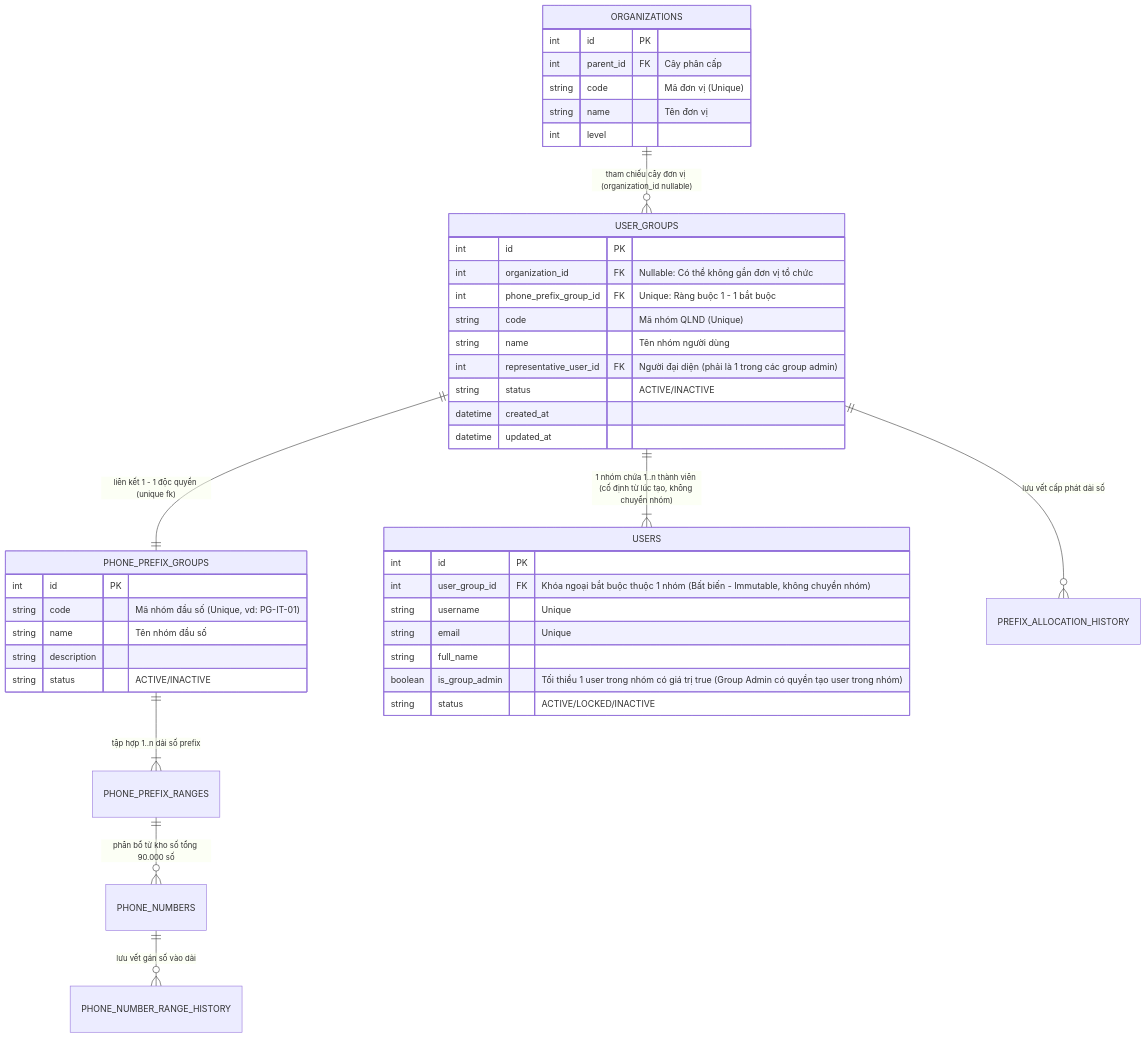
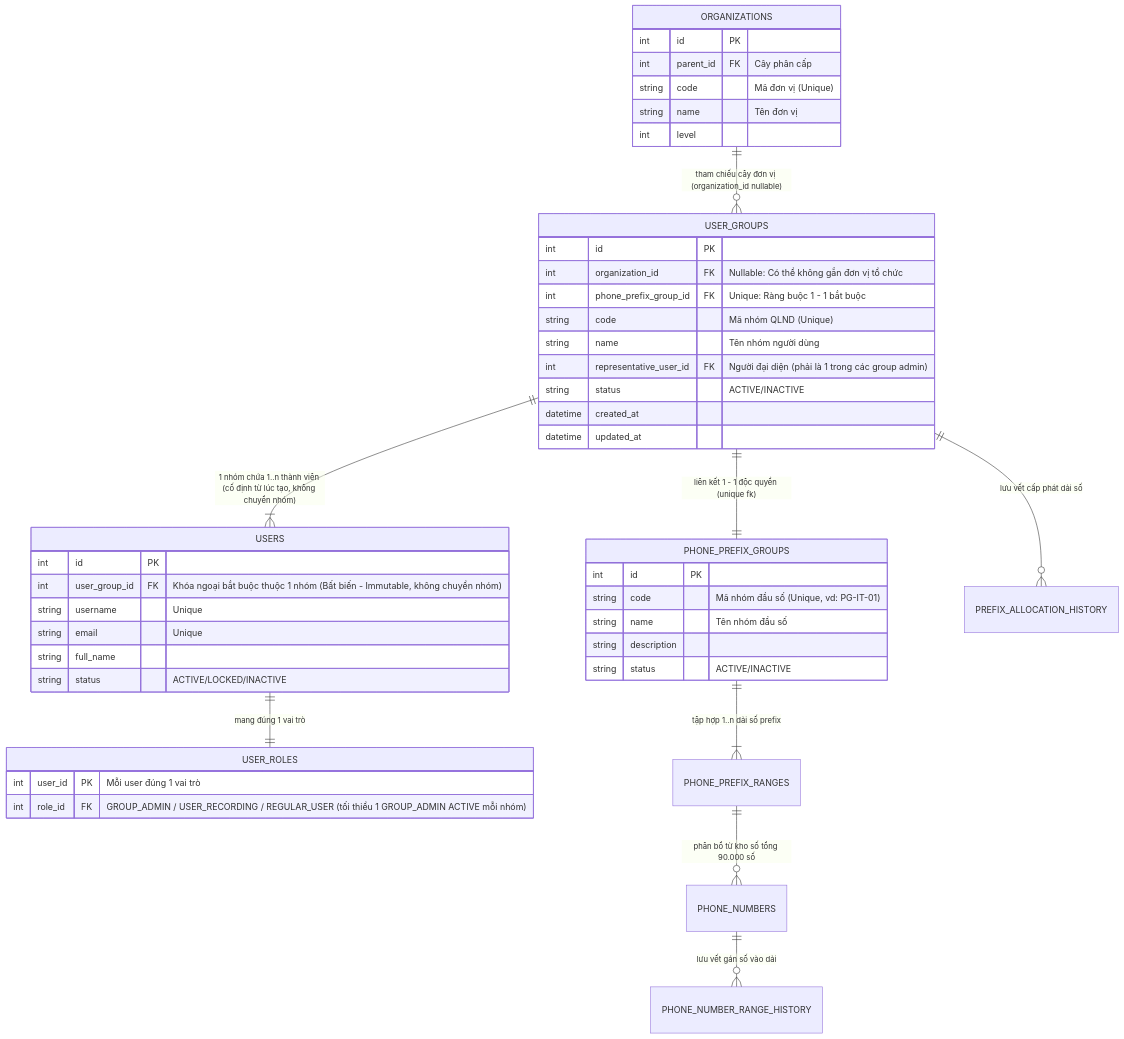
The diagram in docs/modules/02_user_group.md (baobdevnit/evncdras), drawn with Mermaid before and after one commit. The commit also changed other lines of this file and 14 other files, not shown here.

First line of the commit message:
docs: thiết kế lại vai trò – quyền hạn

````diff
--- a/docs/modules/02_user_group.md
+++ b/docs/modules/02_user_group.md
@@ -49,48 +50,53 @@
 ```mermaid
 erDiagram
     ORGANIZATIONS ||--o{ USER_GROUPS : "tham chiếu cây đơn vị (organization_id nullable)"
     USER_GROUPS ||--|| PHONE_PREFIX_GROUPS : "liên kết 1 - 1 độc quyền (unique fk)"
     USER_GROUPS ||--|{ USERS : "1 nhóm chứa 1..n thành viên (cố định từ lúc tạo, không chuyển nhóm)"
+    USERS ||--|| USER_ROLES : "mang đúng 1 vai trò"
     PHONE_PREFIX_GROUPS ||--|{ PHONE_PREFIX_RANGES : "tập hợp 1..n dải số prefix"
     PHONE_PREFIX_RANGES ||--o{ PHONE_NUMBERS : "phân bổ từ kho số tổng 90.000 số"
     USER_GROUPS ||--o{ PREFIX_ALLOCATION_HISTORY : "lưu vết cấp phát dải số"
     PHONE_NUMBERS ||--o{ PHONE_NUMBER_RANGE_HISTORY : "lưu vết gán số vào dải"
 
     USER_GROUPS {
         int id PK
         int organization_id FK "Nullable: Có thể không gắn đơn vị tổ chức"
         int phone_prefix_group_id FK "Unique: Ràng buộc 1 - 1 bắt buộc"
         string code "Mã nhóm QLND (Unique)"
         string name "Tên nhóm người dùng"
         int representative_user_id FK "Người đại diện (phải là 1 trong các group admin)"
         string status "ACTIVE/INACTIVE"
         datetime created_at
         datetime updated_at
     }
 
     USERS {
         int id PK
         int user_group_id FK "Khóa ngoại bắt buộc thuộc 1 nhóm (Bất biến - Immutable, không chuyển nhóm)"
         string username "Unique"
         string email "Unique"
         string full_name
-        boolean is_group_admin "Tối thiểu 1 user trong nhóm có giá trị true (Group Admin có quyền tạo user trong nhóm)"
         string status "ACTIVE/LOCKED/INACTIVE"
+    }
+
+    USER_ROLES {
+        int user_id PK "Mỗi user đúng 1 vai trò"
+        int role_id FK "GROUP_ADMIN / USER_RECORDING / REGULAR_USER (tối thiểu 1 GROUP_ADMIN ACTIVE mỗi nhóm)"
     }
 
     PHONE_PREFIX_GROUPS {
         int id PK
         string code "Mã nhóm đầu số (Unique, vd: PG-IT-01)"
         string name "Tên nhóm đầu số"
         string description
         string status "ACTIVE/INACTIVE"
     }
 
     ORGANIZATIONS {
         int id PK
         int parent_id FK "Cây phân cấp"
         string code "Mã đơn vị (Unique)"
         string name "Tên đơn vị"
         int level
     }
 ```
````
